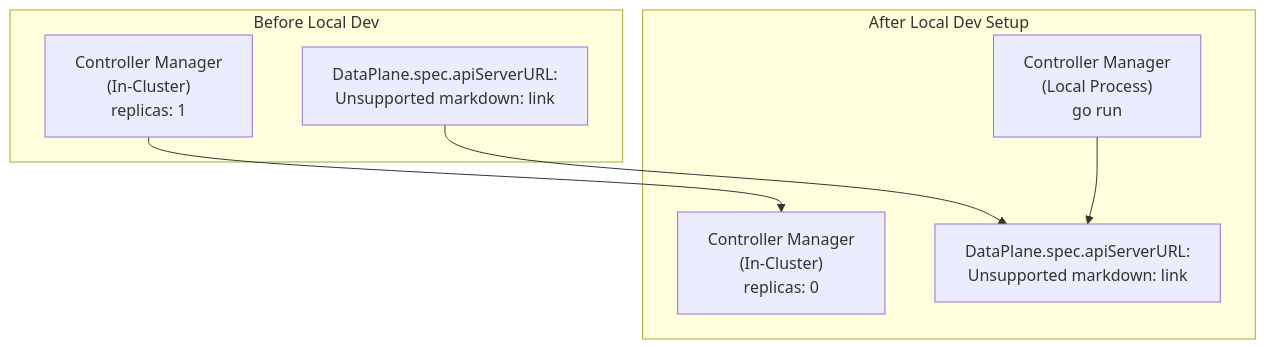
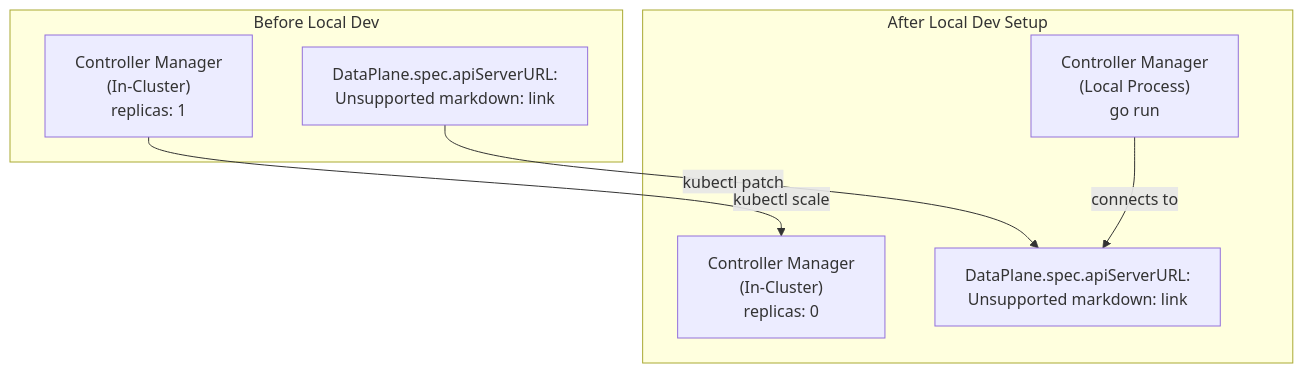
Before and after one commit to openchoreo/openchoreo: the fourth of 5 diagrams in docs/deepwiki/Development-Environment-Setup.md, drawn with Mermaid. The commit also changed other lines of this file and 85 other files, not shown here.

Commit message:
feat: Add new workflow and specification templates, update Helm chart dependencies, and clarify documentation diagrams.

````diff
--- a/docs/deepwiki/Development-Environment-Setup.md
+++ b/docs/deepwiki/Development-Environment-Setup.md
@@ -346,24 +346,24 @@
 ```mermaid
 flowchart TD
 
 InClusterCtrl["Controller Manager<br>(In-Cluster)<br>replicas: 1"]
 DPURL1["DataPlane.spec.apiServerURL:<br>Unsupported markdown: link"]
 InClusterCtrl2["Controller Manager<br>(In-Cluster)<br>replicas: 0"]
 DPURL2["DataPlane.spec.apiServerURL:<br>Unsupported markdown: link"]
 LocalCtrl["Controller Manager<br>(Local Process)<br>go run"]
 
-InClusterCtrl --> InClusterCtrl2
-DPURL1 --> DPURL2
+InClusterCtrl -->|"kubectl scale"| InClusterCtrl2
+DPURL1 -->|"kubectl patch"| DPURL2
 
 subgraph subGraph1 ["After Local Dev Setup"]
     InClusterCtrl2
     DPURL2
     LocalCtrl
-    LocalCtrl --> DPURL2
+    LocalCtrl -->|"connects to"| DPURL2
 end
 
 subgraph subGraph0 ["Before Local Dev"]
     InClusterCtrl
     DPURL1
 end
 ```
````
